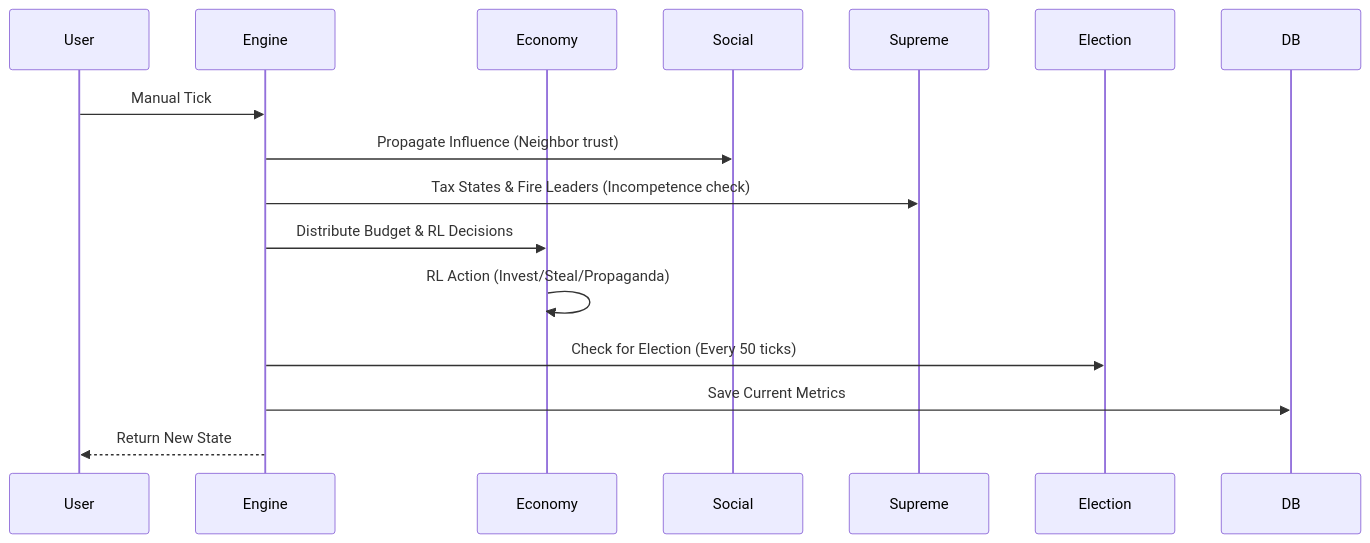
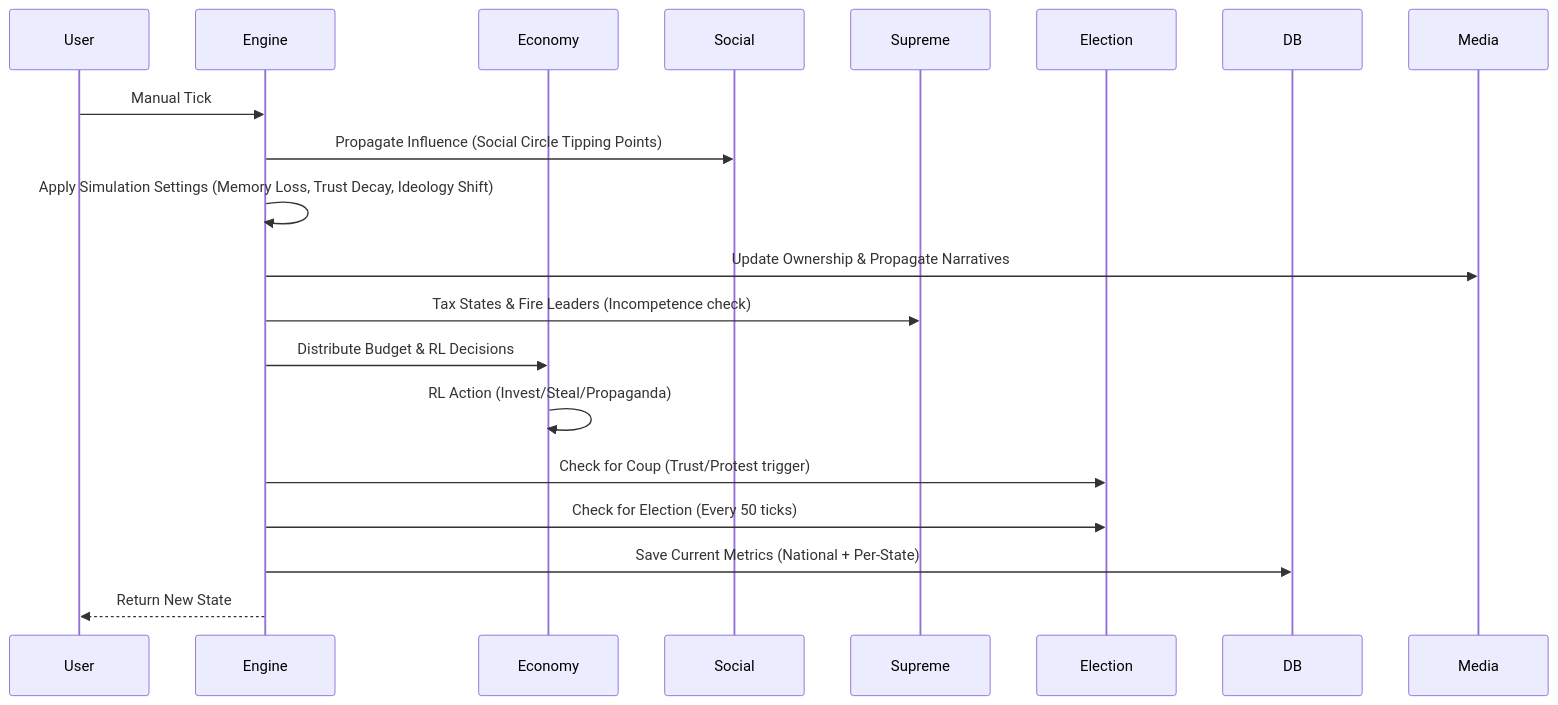
The second of 2 diagrams in docs/architecture.md (Ganesh01110/socio-political-multiagent-swarm), drawn with Mermaid before and after one commit. The commit also changed other lines of this file and 5 other files, not shown here.

First line of the commit message:
feat: Implement dynamic media ownership system and update documentation

````diff
--- a/docs/architecture.md
+++ b/docs/architecture.md
@@ -44,19 +48,24 @@
 ```mermaid
 sequenceDiagram
     participant User
     participant Engine
     participant Economy
     participant Social
     participant Supreme
     participant Election
     participant DB
 
     User->>Engine: Manual Tick
-    Engine->>Social: Propagate Influence (Neighbor trust)
+    Engine->>Social: Propagate Influence (Social Circle Tipping Points)
+    Engine->>Engine: Apply Simulation Settings (Memory Loss, Trust Decay, Ideology Shift)
+    Engine->>Media: Update Ownership & Propagate Narratives
     Engine->>Supreme: Tax States & Fire Leaders (Incompetence check)
     Engine->>Economy: Distribute Budget & RL Decisions
     Economy->>Economy: RL Action (Invest/Steal/Propaganda)
+    Engine->>Election: Check for Coup (Trust/Protest trigger)
     Engine->>Election: Check for Election (Every 50 ticks)
-    Engine->>DB: Save Current Metrics
+    Engine->>DB: Save Current Metrics (National + Per-State)
     Engine-->>User: Return New State
+
+
 ```
````
